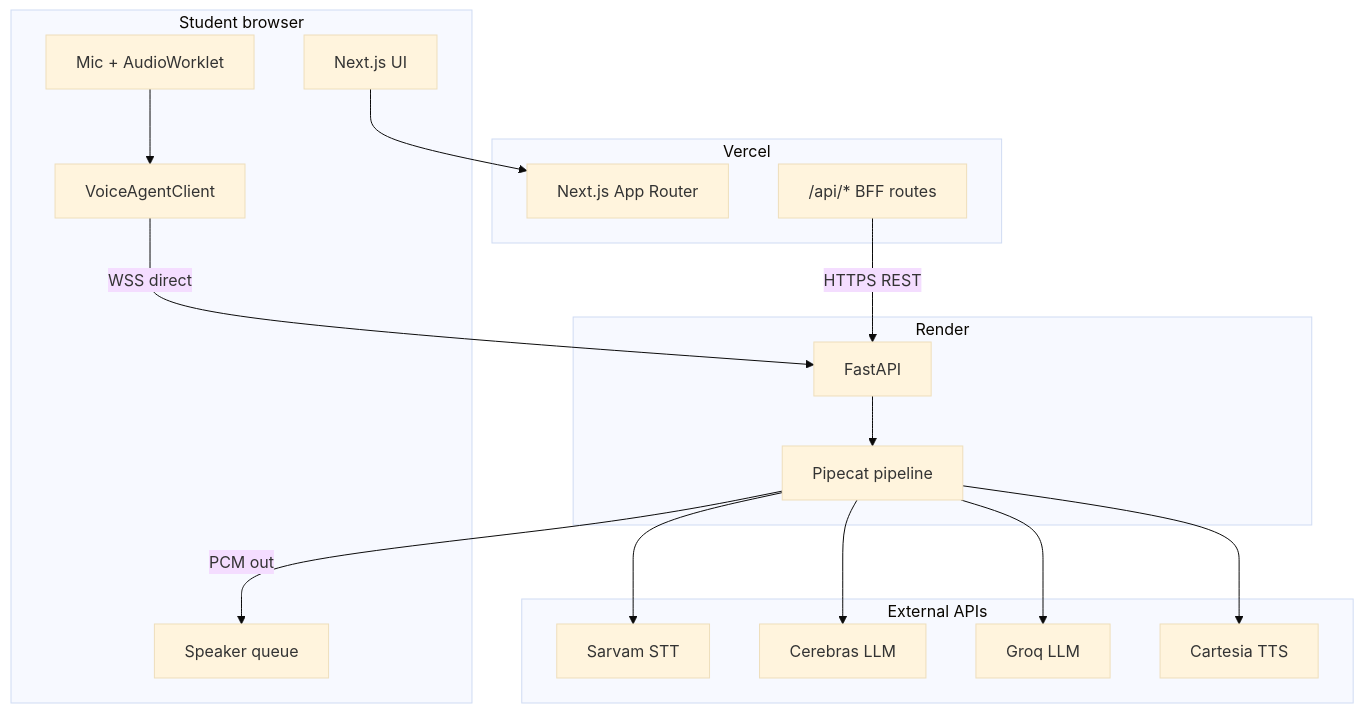
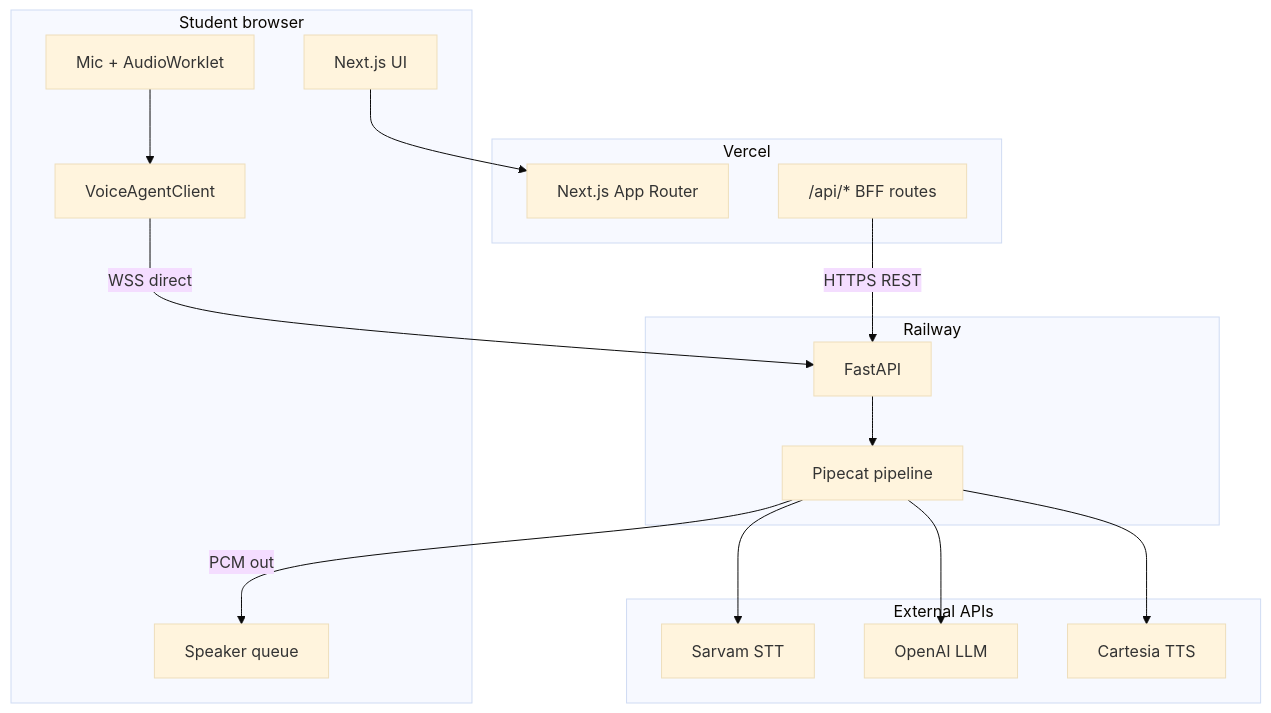
The second of 4 diagrams in README.md (v-i-s-h-a-l-l/real-time-live-agent), drawn with Mermaid (base theme) before and after one commit. The commit also changed other lines of this file and 96 other files, not shown here.

First line of the commit message:
Switch production LLM to OpenAI and align Railway, tests, and docs.

````diff
--- a/README.md
+++ b/README.md
@@ -209,37 +209,35 @@
 ```mermaid
 flowchart TB
   subgraph Browser["Student browser"]
     UI[Next.js UI]
     WSClient[VoiceAgentClient]
     Mic[Mic + AudioWorklet]
     Spk[Speaker queue]
   end
 
   subgraph Vercel["Vercel"]
     Next[Next.js App Router]
     API["/api/* BFF routes"]
   end
 
-  subgraph Render["Render"]
+  subgraph Railway["Railway"]
     FastAPI[FastAPI]
     Pipe[Pipecat pipeline]
   end
 
   subgraph External["External APIs"]
     Sarvam[Sarvam STT]
-    Cerebras[Cerebras LLM]
-    Groq[Groq LLM]
+    OpenAI[OpenAI LLM]
     Cartesia[Cartesia TTS]
   end
 
   UI --> Next
   API -->|HTTPS REST| FastAPI
   WSClient -->|WSS direct| FastAPI
   Mic --> WSClient
   FastAPI --> Pipe
   Pipe --> Sarvam
-  Pipe --> Cerebras
-  Pipe --> Groq
+  Pipe --> OpenAI
   Pipe --> Cartesia
   Pipe -->|PCM out| Spk
 ```
````
